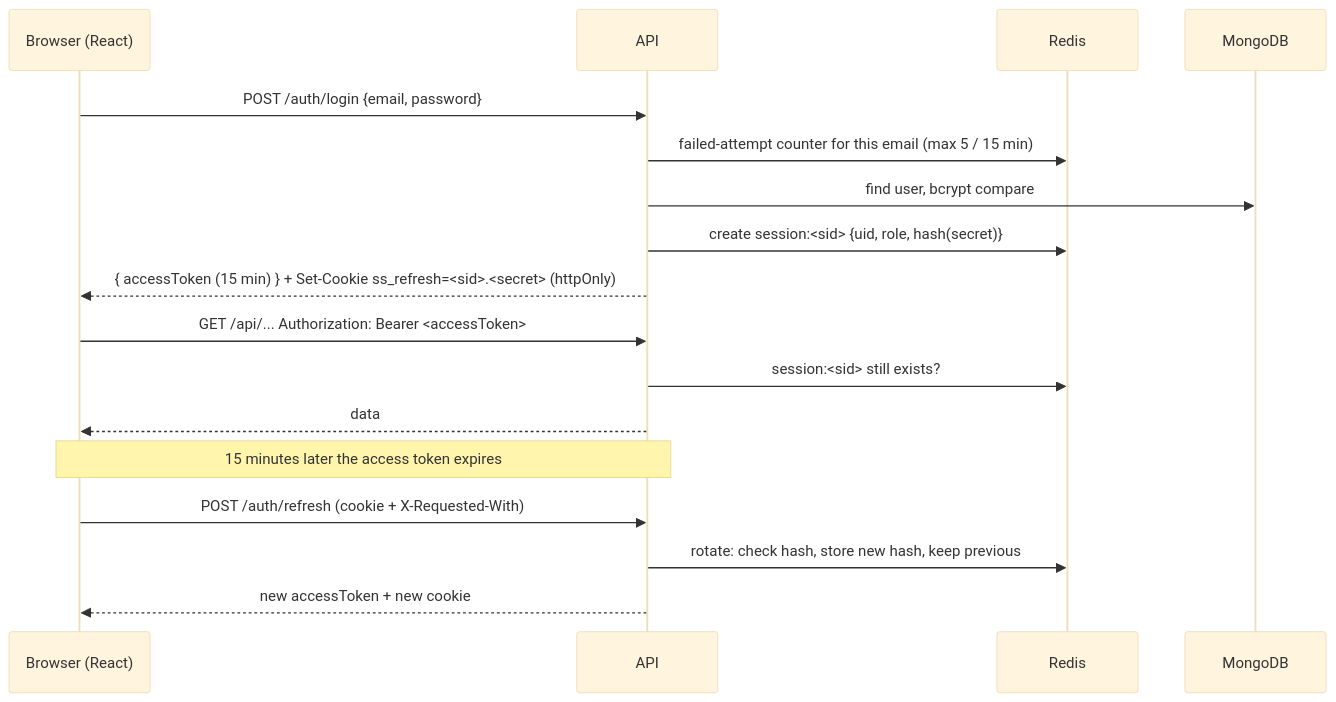
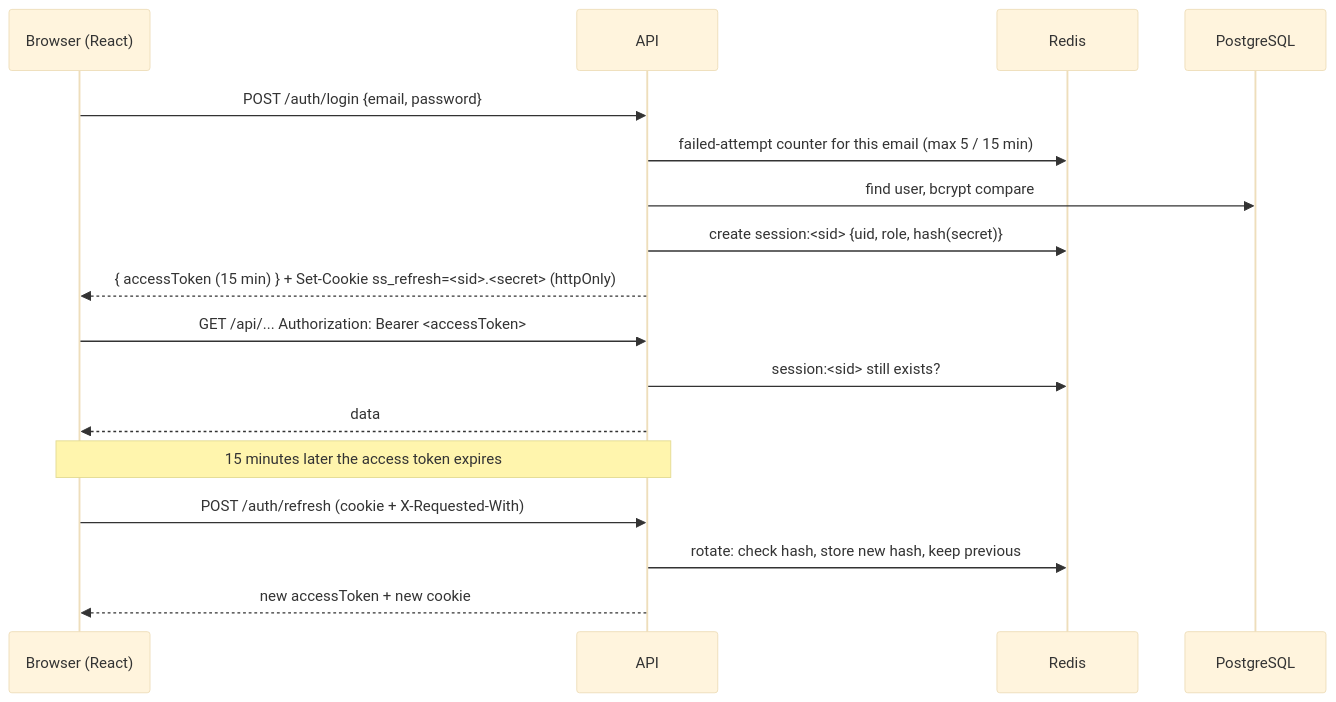
The diagram in FS-01/docs/10-security.md (Adarsh619/Rout_Adarsh_Pradhan_Capstone_Projects), drawn with Mermaid (base theme) before and after one commit. The commit also changed other lines of this file and 23 other files, not shown here.

First line of the commit message:
chore(fs01): CI, production setup and docs for PostgreSQL + Prisma

````diff
--- a/FS-01/docs/10-security.md
+++ b/FS-01/docs/10-security.md
@@ -10,19 +10,19 @@
 ```mermaid
 sequenceDiagram
   participant B as Browser (React)
   participant A as API
   participant R as Redis
-  participant M as MongoDB
+  participant M as PostgreSQL
   B->>A: POST /auth/login {email, password}
   A->>R: failed-attempt counter for this email (max 5 / 15 min)
   A->>M: find user, bcrypt compare
   A->>R: create session:<sid> {uid, role, hash(secret)}
   A-->>B: { accessToken (15 min) } + Set-Cookie ss_refresh=<sid>.<secret> (httpOnly)
   B->>A: GET /api/... Authorization: Bearer <accessToken>
   A->>R: session:<sid> still exists?
   A-->>B: data
   Note over B,A: 15 minutes later the access token expires
   B->>A: POST /auth/refresh (cookie + X-Requested-With)
   A->>R: rotate: check hash, store new hash, keep previous
   A-->>B: new accessToken + new cookie
 ```
````
